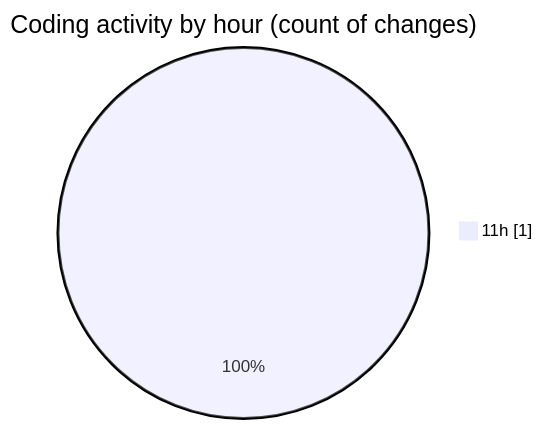
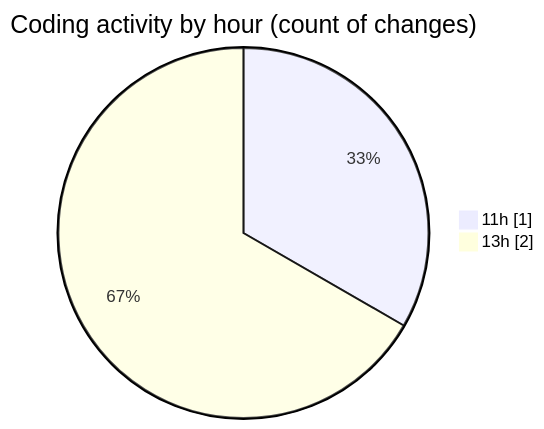
One commit to IJAZ3593/code-tracking changed the second of 2 diagrams in 2025-08-31/abc/README.md. Above: the diagram before and after it, drawn with Mermaid. The commit also changed other lines of this file and 1 other file, not shown here.

````diff
--- a/2025-08-31/abc/README.md
+++ b/2025-08-31/abc/README.md
@@ -28,5 +30,6 @@
 ```mermaid
 pie showData
 title Coding activity by hour (count of changes)
 "11h" : 1
+"13h" : 2
 ```
````
